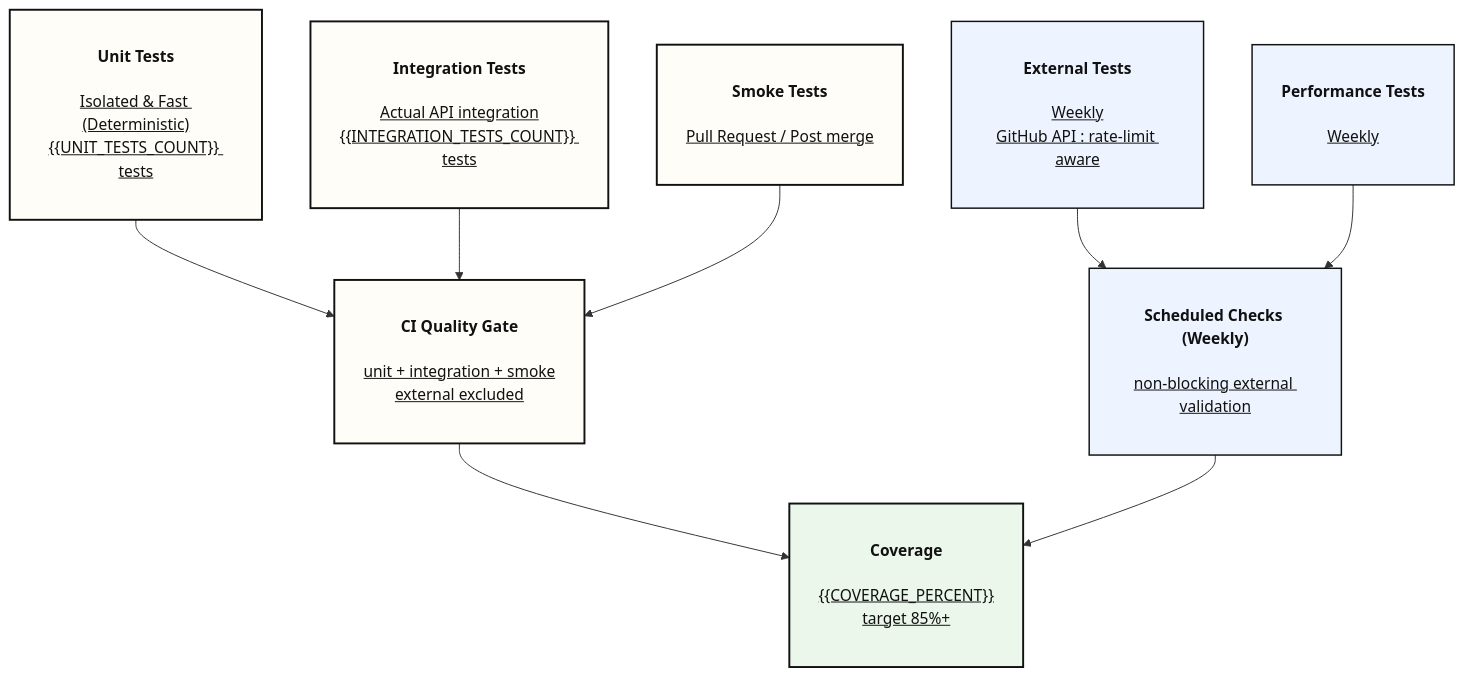
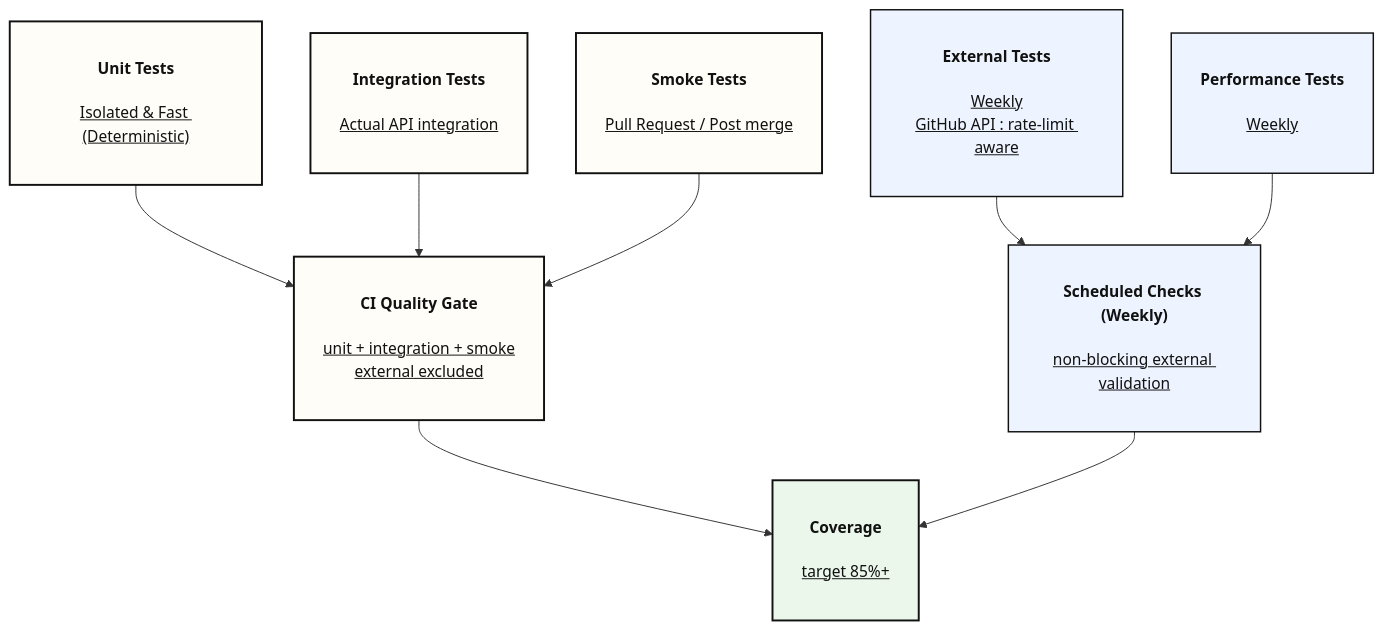
Before and after one commit to yaoki-dev/api-test-devops-portfolio: the third of 4 diagrams in README.md, drawn with Mermaid. The commit also changed other lines of this file and 6 other files, not shown here.

````diff
--- a/README.md
+++ b/README.md
@@ -122,36 +122,36 @@
 ```mermaid
 flowchart TD
-    A["<h4>Unit Tests</h4><u>Isolated & Fast (Deterministic)<br/>{{UNIT_TESTS_COUNT}} tests</u>
+    A["<h4>Unit Tests</h4><u>Isolated & Fast (Deterministic)</u>
     <br/>"]
-    B["<h4>Integration Tests</h4><u>Actual API integration<br/>{{INTEGRATION_TESTS_COUNT}} tests</u>
+    B["<h4>Integration Tests</h4><u>Actual API integration</u>
     <br/>"]
     G["<h4>Smoke Tests</h4><u>Pull Request / Post merge</u>
     <br/>"]
 
     A --> C["<h4>CI Quality Gate</h4><u>unit + integration + smoke<br/>external excluded</u>
     <br/>"]
     B --> C
     G --> C
 
     D["<h4>External Tests</h4><u>Weekly<br/>GitHub API : rate-limit aware</u>
     <br/>"]
     F["<h4>Performance Tests</h4><u>Weekly</u>
     <br/>"]
 
     D --> E["<h4>Scheduled Checks (Weekly)</h4><u>non-blocking external validation</u>
     <br/>"]
     F --> E
 
-    C --> H["<h4>Coverage</h4><u>{{COVERAGE_PERCENT}}<br/>target 85%+</u>
+    C --> H["<h4>Coverage</h4><u>target 85%+</u>
     <br/>"]
     E --> H
 
     classDef default fill:#F7F3EA,stroke:#111,stroke-width:1.5px,color:#111;
     classDef key fill:#FFFDF7,stroke:#111,stroke-width:2px,color:#111;
     classDef support fill:#EEF4FF,stroke:#111,stroke-width:1.5px,color:#111;
     classDef metric fill:#EAF7EA,stroke:#111,stroke-width:2px,color:#111;
 
     class A,B,C,G key;
     class D,E,F support;
     class H metric;
 ```
````
